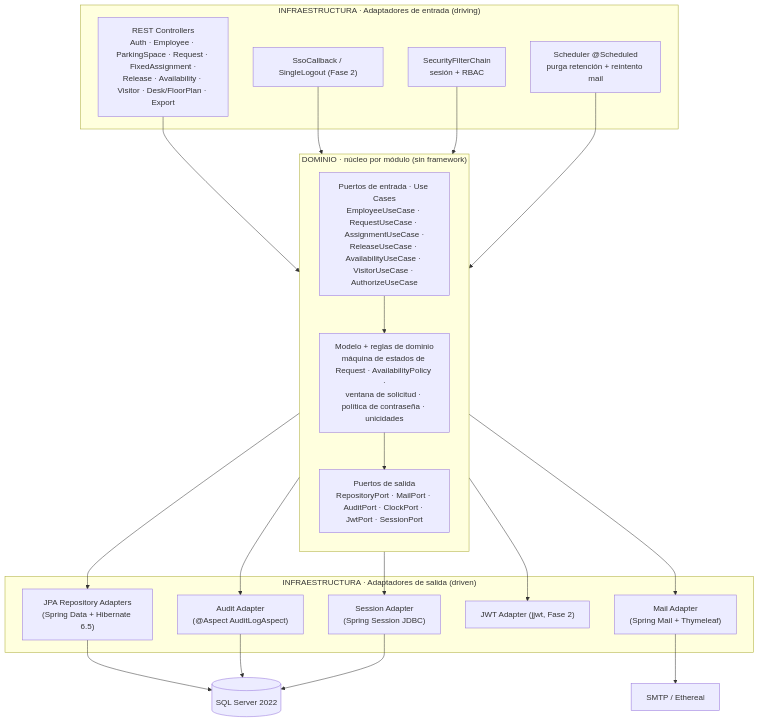
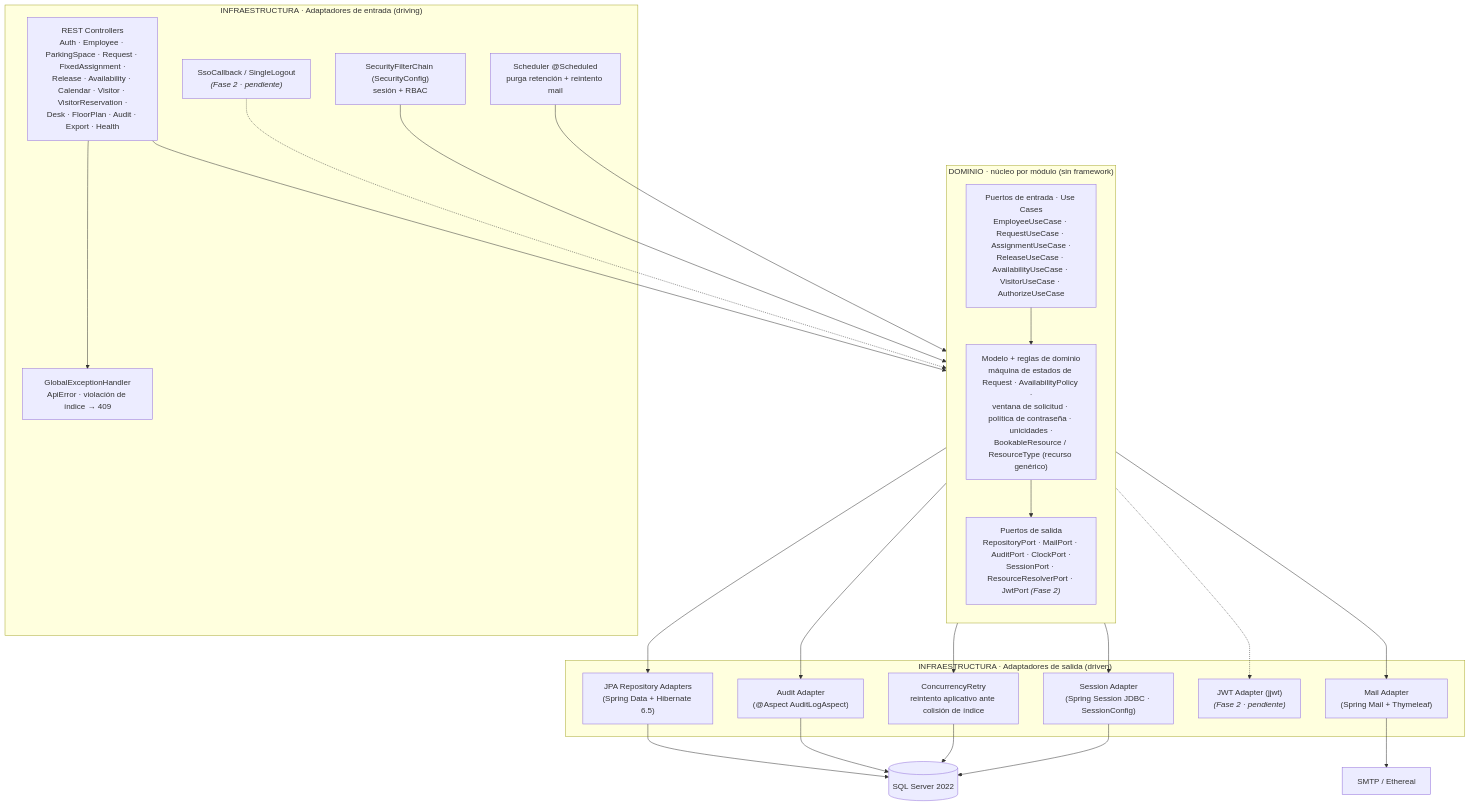
The fourth of 9 diagrams in docs/architecture.md (lcasadov/parking), drawn with Mermaid before and after one commit. The commit also changed other lines of this file and 12 other files, not shown here.

````diff
--- a/docs/architecture.md
+++ b/docs/architecture.md
@@ -202,38 +204,42 @@
 ```mermaid
 flowchart TB
     subgraph inbound["INFRAESTRUCTURA · Adaptadores de entrada (driving)"]
-        controllers["REST Controllers<br/>Auth · Employee · ParkingSpace · Request · FixedAssignment ·<br/>Release · Availability · Visitor · Desk/FloorPlan · Export"]
-        ssoAdapter["SsoCallback / SingleLogout (Fase 2)"]
-        secAdapter["SecurityFilterChain<br/>sesión + RBAC"]
+        controllers["REST Controllers<br/>Auth · Employee · ParkingSpace · Request · FixedAssignment ·<br/>Release · Availability · Calendar · Visitor · VisitorReservation ·<br/>Desk · FloorPlan · Audit · Export · Health"]
+        ssoAdapter["SsoCallback / SingleLogout<br/><i>(Fase 2 · pendiente)</i>"]
+        secAdapter["SecurityFilterChain (SecurityConfig)<br/>sesión + RBAC"]
         schedAdapter["Scheduler @Scheduled<br/>purga retención + reintento mail"]
+        errAdapter["GlobalExceptionHandler<br/>ApiError · violación de índice → 409"]
     end
 
     subgraph core["DOMINIO · núcleo por módulo (sin framework)"]
         direction TB
         usecases["Puertos de entrada · Use Cases<br/>EmployeeUseCase · RequestUseCase · AssignmentUseCase ·<br/>ReleaseUseCase · AvailabilityUseCase · VisitorUseCase · AuthorizeUseCase"]
-        domainModel["Modelo + reglas de dominio<br/>máquina de estados de Request · AvailabilityPolicy ·<br/>ventana de solicitud · política de contraseña · unicidades"]
-        outports["Puertos de salida<br/>RepositoryPort · MailPort · AuditPort · ClockPort · JwtPort · SessionPort"]
+        domainModel["Modelo + reglas de dominio<br/>máquina de estados de Request · AvailabilityPolicy ·<br/>ventana de solicitud · política de contraseña · unicidades ·<br/>BookableResource / ResourceType (recurso genérico)"]
+        outports["Puertos de salida<br/>RepositoryPort · MailPort · AuditPort · ClockPort ·<br/>SessionPort · ResourceResolverPort · JwtPort <i>(Fase 2)</i>"]
         usecases --> domainModel --> outports
     end
 
     subgraph outbound["INFRAESTRUCTURA · Adaptadores de salida (driven)"]
         jpaAdapters["JPA Repository Adapters<br/>(Spring Data + Hibernate 6.5)"]
         mailAdapter["Mail Adapter<br/>(Spring Mail + Thymeleaf)"]
         auditAdapter["Audit Adapter<br/>(@Aspect AuditLogAspect)"]
-        jwtAdapter["JWT Adapter (jjwt, Fase 2)"]
-        sessionAdapter["Session Adapter<br/>(Spring Session JDBC)"]
+        concAdapter["ConcurrencyRetry<br/>reintento aplicativo ante colisión de índice"]
+        jwtAdapter["JWT Adapter (jjwt)<br/><i>(Fase 2 · pendiente)</i>"]
+        sessionAdapter["Session Adapter<br/>(Spring Session JDBC · SessionConfig)"]
     end
 
     db[("SQL Server 2022")]
     smtp["SMTP / Ethereal"]
 
     controllers --> usecases
-    ssoAdapter --> usecases
+    ssoAdapter -.-> usecases
     secAdapter --> usecases
     schedAdapter --> usecases
+    controllers --> errAdapter
     outports --> jpaAdapters --> db
     outports --> mailAdapter --> smtp
     outports --> auditAdapter --> db
-    outports --> jwtAdapter
+    outports --> concAdapter --> db
+    outports -.-> jwtAdapter
     outports --> sessionAdapter --> db
 ```
````
